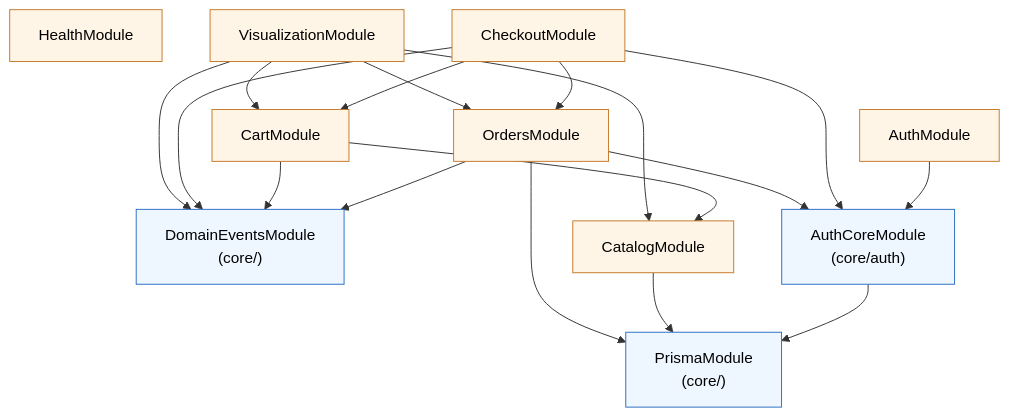
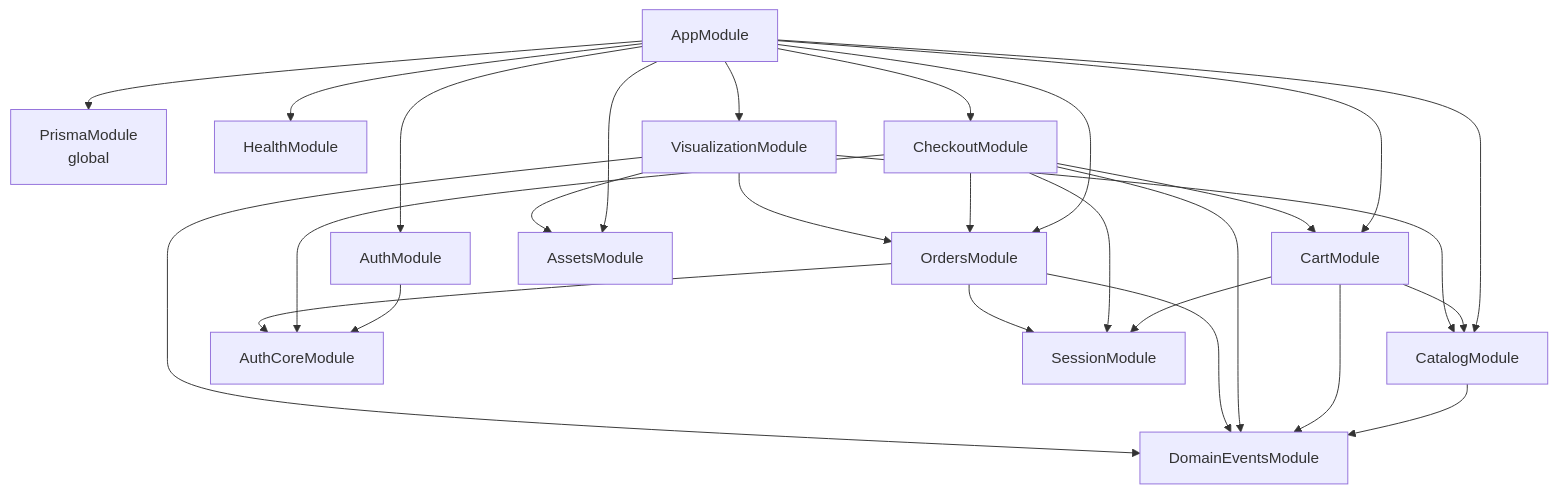
Before and after one commit to nicopizar00/expresso-engineering-playground: the diagram in docs/architecture/bff-modules.md, drawn with Mermaid. The commit also changed other lines of this file and 18 other files, not shown here.

````diff
--- a/docs/architecture/bff-modules.md
+++ b/docs/architecture/bff-modules.md
@@ -9,34 +13,43 @@
 ```mermaid
 flowchart TD
-  classDef infra fill:#eef6ff,stroke:#2a6fc4,color:#000;
-  classDef domain fill:#fff5e6,stroke:#c47a2a,color:#000;
+  App[AppModule]
+  Prisma[PrismaModule<br/>global]
+  Health[HealthModule]
+  Auth[AuthModule]
+  Catalog[CatalogModule]
+  Cart[CartModule]
+  Checkout[CheckoutModule]
+  Orders[OrdersModule]
+  Assets[AssetsModule]
+  Viz[VisualizationModule]
+  AuthCore[AuthCoreModule]
+  Session[SessionModule]
+  Events[DomainEventsModule]
 
-  Prisma["PrismaModule<br/>(core/)"]:::infra
-  Events["DomainEventsModule<br/>(core/)"]:::infra
-  AuthCore["AuthCoreModule<br/>(core/auth)"]:::infra
-
-  Health["HealthModule"]:::domain
-  Catalog["CatalogModule"]:::domain
-  Cart["CartModule"]:::domain
-  Checkout["CheckoutModule"]:::domain
-  Orders["OrdersModule"]:::domain
-  Auth["AuthModule"]:::domain
-  Viz["VisualizationModule"]:::domain
-
-  AuthCore --> Prisma
+  App --> Prisma
+  App --> Health
+  App --> Auth
+  App --> Catalog
+  App --> Cart
+  App --> Checkout
+  App --> Orders
+  App --> Assets
+  App --> Viz
   Auth --> AuthCore
-  Checkout --> AuthCore
-  Orders --> AuthCore
-  Catalog --> Prisma
-  Orders  --> Prisma
-  Orders  --> Events
-  Cart    --> Catalog
-  Cart    --> Events
+  Catalog --> Events
+  Cart --> Catalog
+  Cart --> Session
+  Cart --> Events
   Checkout --> Cart
   Checkout --> Orders
+  Checkout --> Session
+  Checkout --> AuthCore
   Checkout --> Events
+  Orders --> Session
+  Orders --> AuthCore
+  Orders --> Events
   Viz --> Catalog
-  Viz --> Cart
   Viz --> Orders
+  Viz --> Assets
   Viz --> Events
 ```
````
